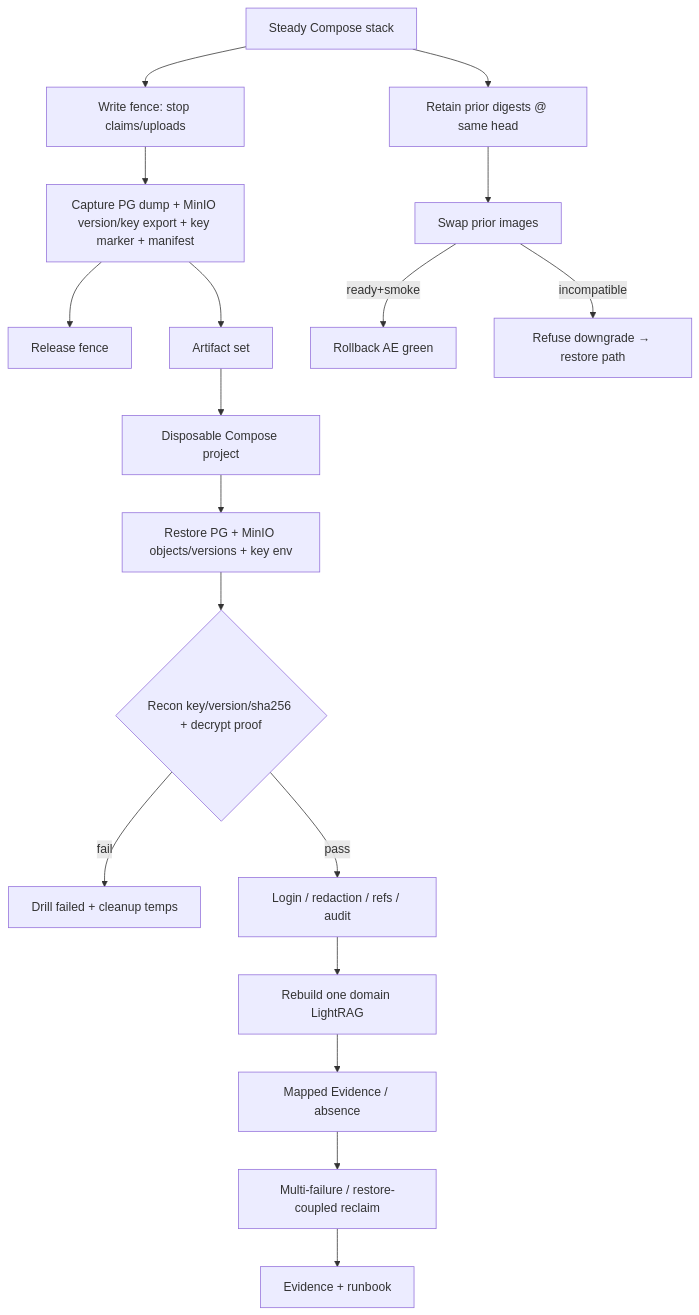
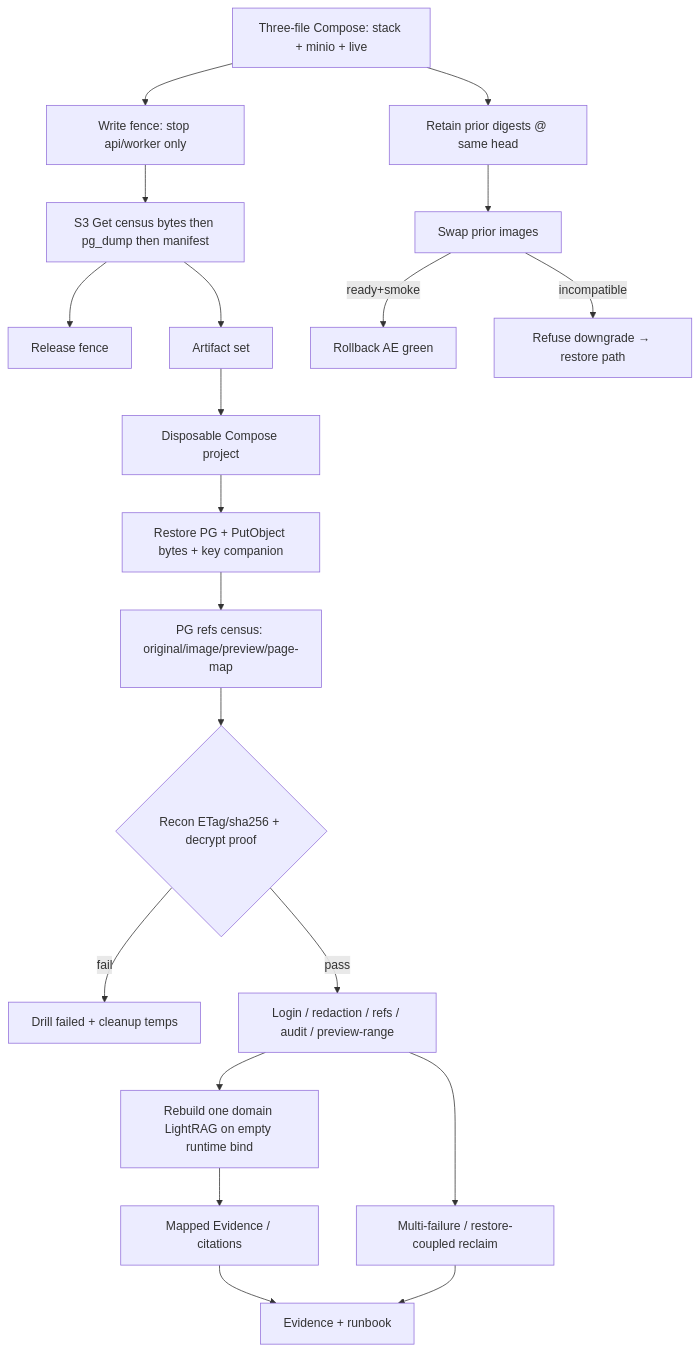
One commit to tabesink/ce-local-studio changed the diagram in docs/plans/2026-07-28-005-feat-p12-04-backup-restore-drills-plan.md. Above: the diagram before and after it, drawn with Mermaid. The commit also changed other lines of this file and 1 other file, not shown here.

First line of the commit message:
Plan and inventory P12-04 backup/restore drills.

````diff
--- a/docs/plans/2026-07-28-005-feat-p12-04-backup-restore-drills-plan.md
+++ b/docs/plans/2026-07-28-005-feat-p12-04-backup-restore-drills-plan.md
@@ -212,21 +222,23 @@
 ```mermaid
 flowchart TD
-  steady[Steady Compose stack] --> fence[Write fence: stop claims/uploads]
-  fence --> capture[Capture PG dump + MinIO version/key export + key marker + manifest]
+  steady[Three-file Compose: stack + minio + live] --> fence[Write fence: stop api/worker only]
+  fence --> capture[S3 Get census bytes then pg_dump then manifest]
   capture --> unfence[Release fence]
   capture --> artifacts[Artifact set]
   artifacts --> disposable[Disposable Compose project]
-  disposable --> restore[Restore PG + MinIO objects/versions + key env]
-  restore --> recon{Recon key/version/sha256 + decrypt proof}
+  disposable --> restore[Restore PG + PutObject bytes + key companion]
+  restore --> census[PG refs census: original/image/preview/page-map]
+  census --> recon{Recon ETag/sha256 + decrypt proof}
   recon -->|fail| failDrill[Drill failed + cleanup temps]
-  recon -->|pass| continuity[Login / redaction / refs / audit]
-  continuity --> rebuild[Rebuild one domain LightRAG]
-  rebuild --> verify[Mapped Evidence / absence]
-  verify --> multi[Multi-failure / restore-coupled reclaim]
-  multi --> evidence[Evidence + runbook]
+  recon -->|pass| continuity[Login / redaction / refs / audit / preview-range]
+  continuity --> rebuild[Rebuild one domain LightRAG on empty runtime bind]
+  rebuild --> verify[Mapped Evidence / citations]
+  continuity --> multi[Multi-failure / restore-coupled reclaim]
+  verify --> evidence[Evidence + runbook]
+  multi --> evidence
 
   steady --> images[Retain prior digests @ same head]
   images --> rollback[Swap prior images]
   rollback -->|ready+smoke| okRoll[Rollback AE green]
   rollback -->|incompatible| restorePath[Refuse downgrade → restore path]
 ```
````
